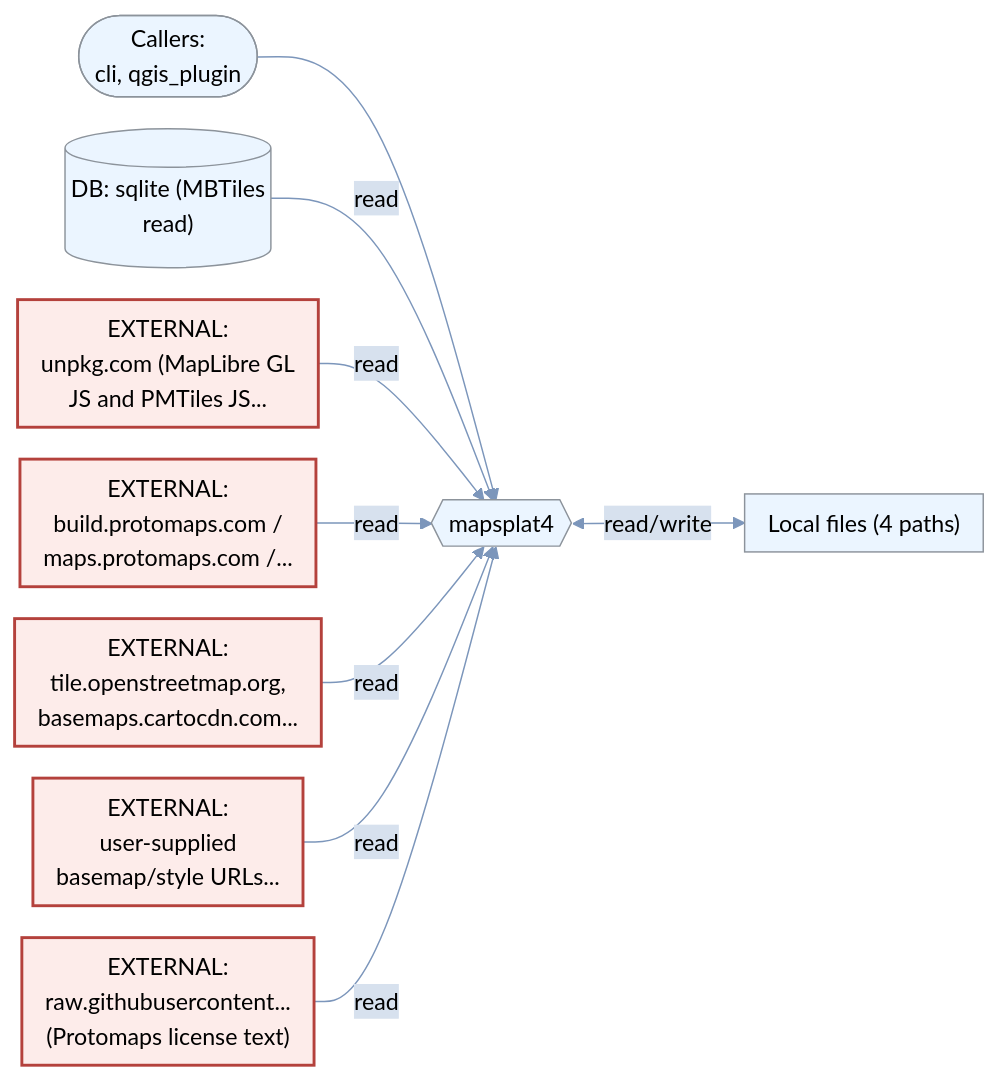
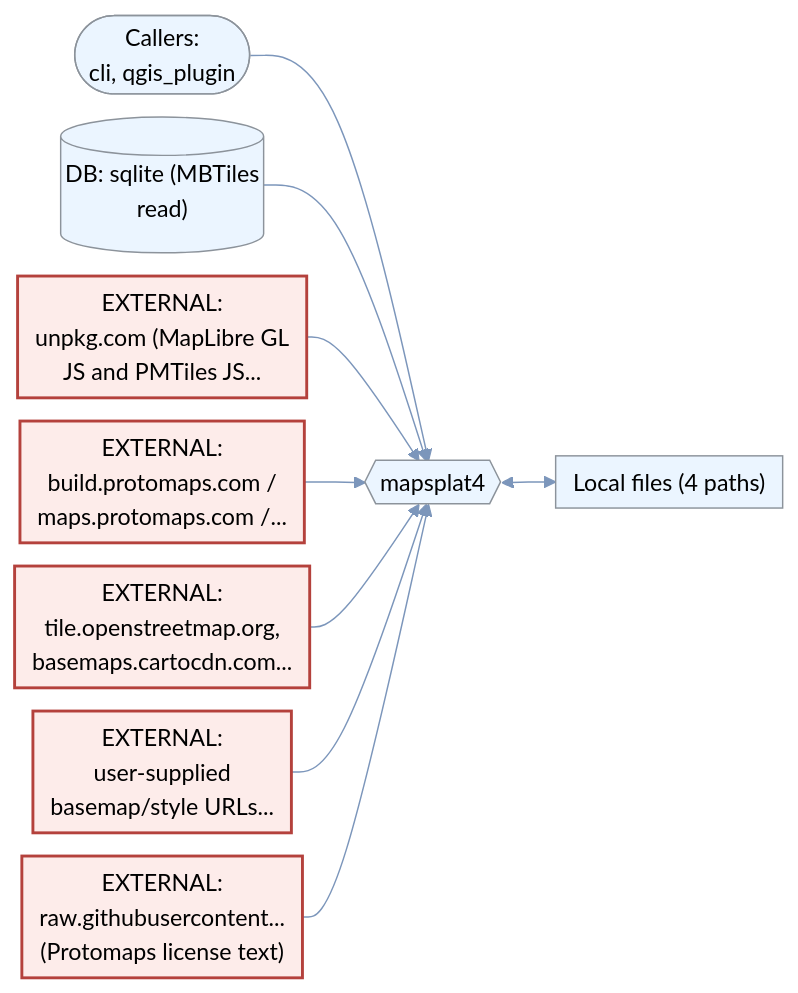
One commit to johnzastrow/Roux7375Testresults changed diagram 16 of 42 in outputs/johnzastrow_Summary.md. Above: the diagram before and after it, drawn with Mermaid. The commit also changed other lines of this file, not shown here.

First line of the commit message:
Enlarge data flow diagram text for letter-size printing

````diff
--- a/outputs/johnzastrow_Summary.md
+++ b/outputs/johnzastrow_Summary.md
@@ -1317,22 +1317,22 @@
 ```mermaid
-%%{init: {"theme":"base","flowchart":{"useMaxWidth":true,"nodeSpacing":22,"rankSpacing":45,"padding":8},"themeVariables":{"background":"#ffffff","primaryColor":"#ebf5ff","primaryTextColor":"#000000","primaryBorderColor":"#8c939b","lineColor":"#7c96bb","secondaryColor":"#d7e1ee","tertiaryColor":"#c3d2e5","fontFamily":"\"Inter\", \"Noto Sans SC\", sans-serif","fontSize":"14","pie1":"#b4413c","pie2":"#d9893b","pie3":"#7c96bb","pie4":"#73A78D","pie5":"#CB9B7A","pie6":"#6B8CAE","pie7":"#c3d2e5","pie8":"#8c939b"}}}%%
+%%{init: {"theme":"base","flowchart":{"useMaxWidth":true,"nodeSpacing":16,"rankSpacing":38,"padding":6},"themeVariables":{"background":"#ffffff","primaryColor":"#ebf5ff","primaryTextColor":"#000000","primaryBorderColor":"#8c939b","lineColor":"#7c96bb","secondaryColor":"#d7e1ee","tertiaryColor":"#c3d2e5","fontFamily":"\"Inter\", \"Noto Sans SC\", sans-serif","fontSize":"17","pie1":"#b4413c","pie2":"#d9893b","pie3":"#7c96bb","pie4":"#73A78D","pie5":"#CB9B7A","pie6":"#6B8CAE","pie7":"#c3d2e5","pie8":"#8c939b"}}}%%
 flowchart LR
     APP{{"mapsplat4"}}
     U(["Callers:<br>cli, qgis_plugin"]) --> APP
     D1[("DB: sqlite (MBTiles<br>read)")]
-    D1 -->|read| APP
+    D1 --> APP
     F2["Local files (4 paths)"]
-    APP <-->|read/write| F2
+    APP <--> F2
     E3["EXTERNAL:<br>unpkg.com (MapLibre GL<br>JS and PMTiles JS..."]
-    E3 -->|read| APP
+    E3 --> APP
     E4["EXTERNAL:<br>build.protomaps.com /<br>maps.protomaps.com /..."]
-    E4 -->|read| APP
+    E4 --> APP
     E5["EXTERNAL:<br>tile.openstreetmap.org,<br>basemaps.cartocdn.com..."]
-    E5 -->|read| APP
+    E5 --> APP
     E6["EXTERNAL:<br>user-supplied<br>basemap/style URLs..."]
-    E6 -->|read| APP
+    E6 --> APP
     E7["EXTERNAL:<br>raw.githubusercontent...<br>(Protomaps license text)"]
-    E7 -->|read| APP
+    E7 --> APP
     class E3,E4,E5,E6,E7 ext
     classDef ext fill:#fdecea,stroke:#b4413c,stroke-width:2px,color:#000000
 ```
````
